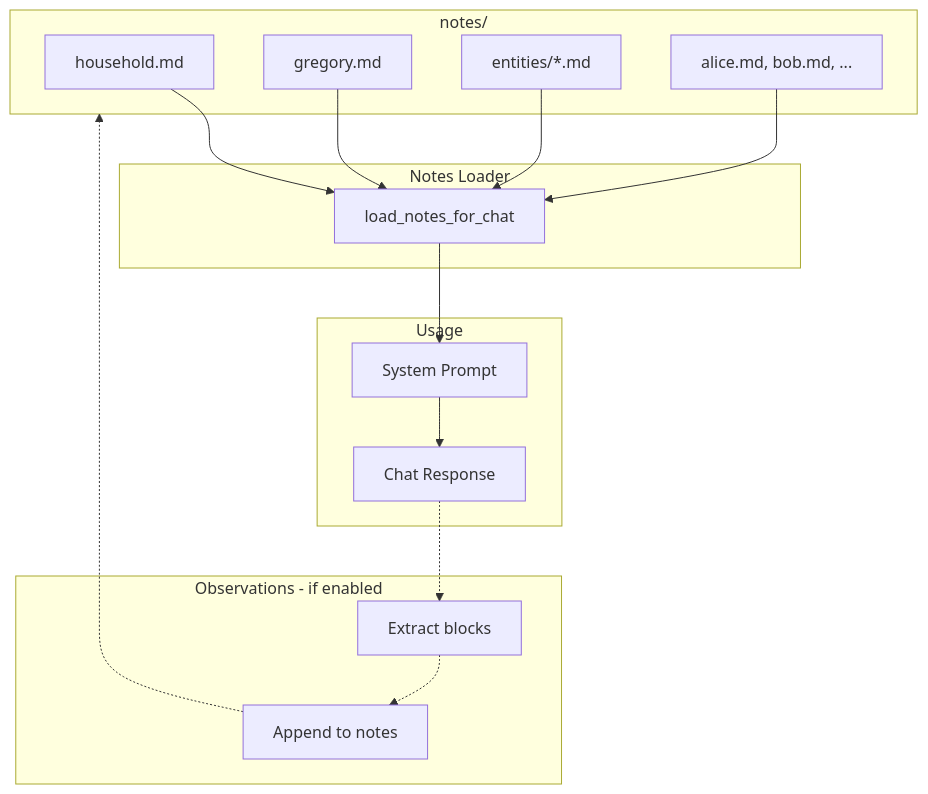
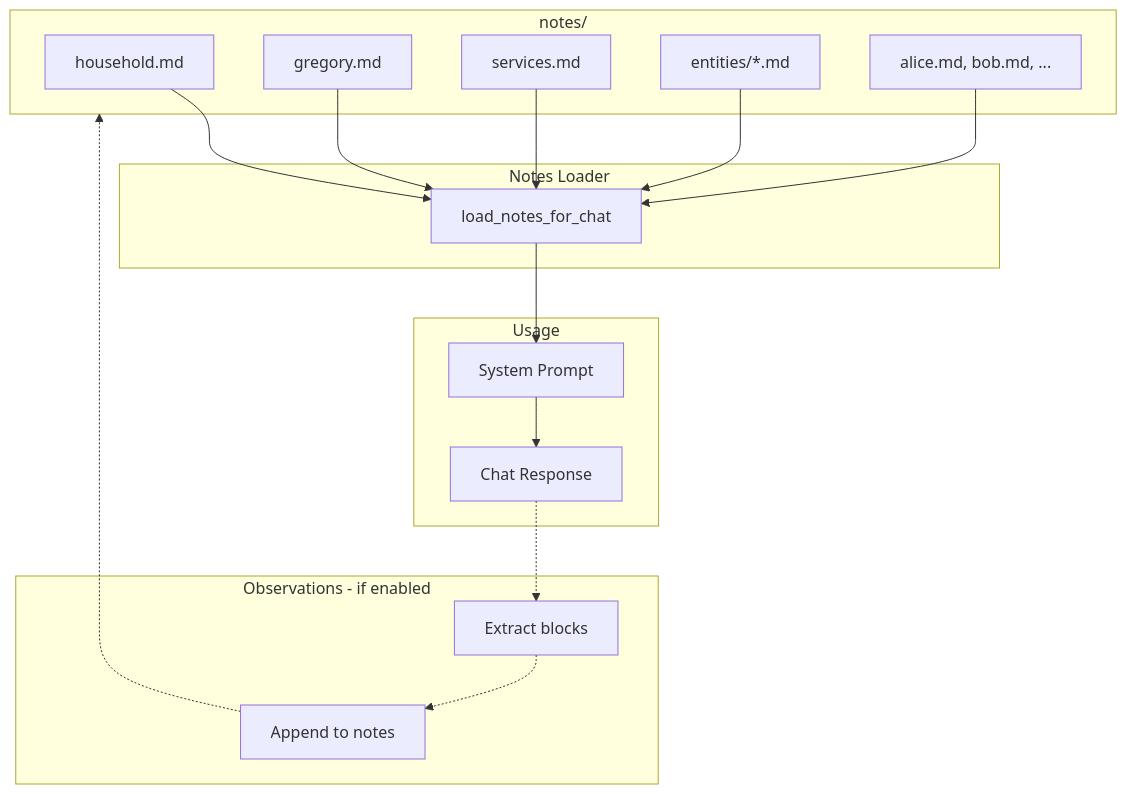
One commit to StevenGann/Gregory changed the diagram in notes/README.md. Above: the diagram before and after it, drawn with Mermaid. The commit also changed other lines of this file and 15 other files, not shown here.

````diff
--- a/notes/README.md
+++ b/notes/README.md
@@ -18,33 +19,35 @@
 ```mermaid
 flowchart TB
     subgraph notes_dir [notes/]
         household[household.md]
         gregory[gregory.md]
+        services[services.md]
         entities[entities/*.md]
         user[alice.md, bob.md, ...]
     end
 
     subgraph loader [Notes Loader]
         Load[load_notes_for_chat]
     end
 
     subgraph usage [Usage]
         SystemPrompt[System Prompt]
         Chat[Chat Response]
     end
 
     subgraph observations [Observations - if enabled]
         Obs[Extract blocks]
         Append[Append to notes]
     end
 
     household --> Load
     gregory --> Load
+    services --> Load
     entities --> Load
     user --> Load
     Load --> SystemPrompt
     SystemPrompt --> Chat
     Chat -.-> Obs
     Obs -.-> Append
     Append -.-> notes_dir
 ```
````
